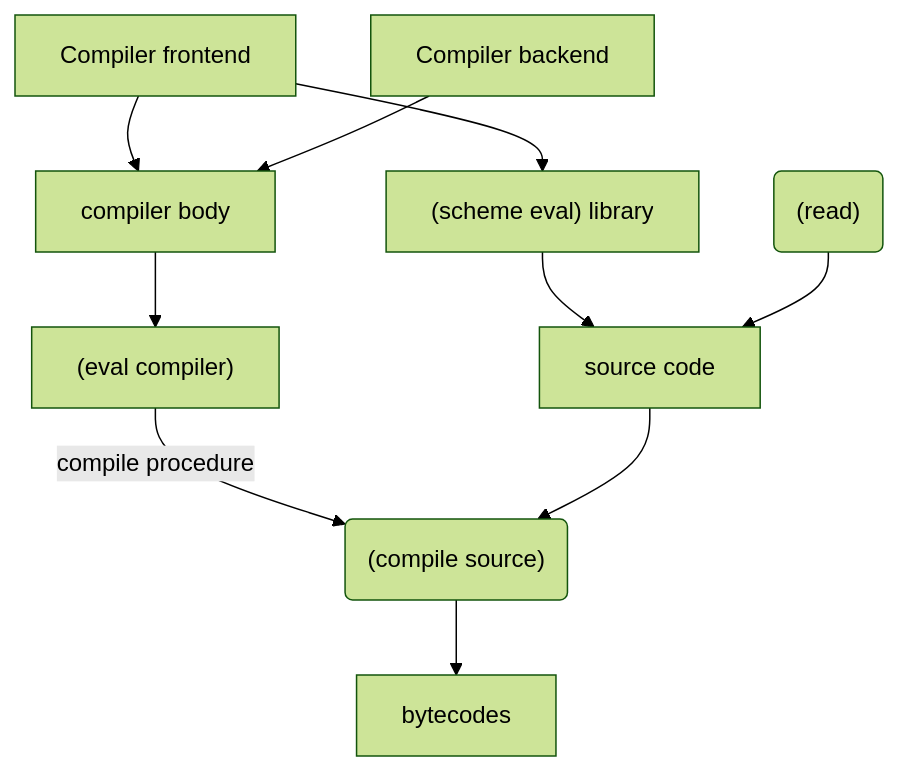
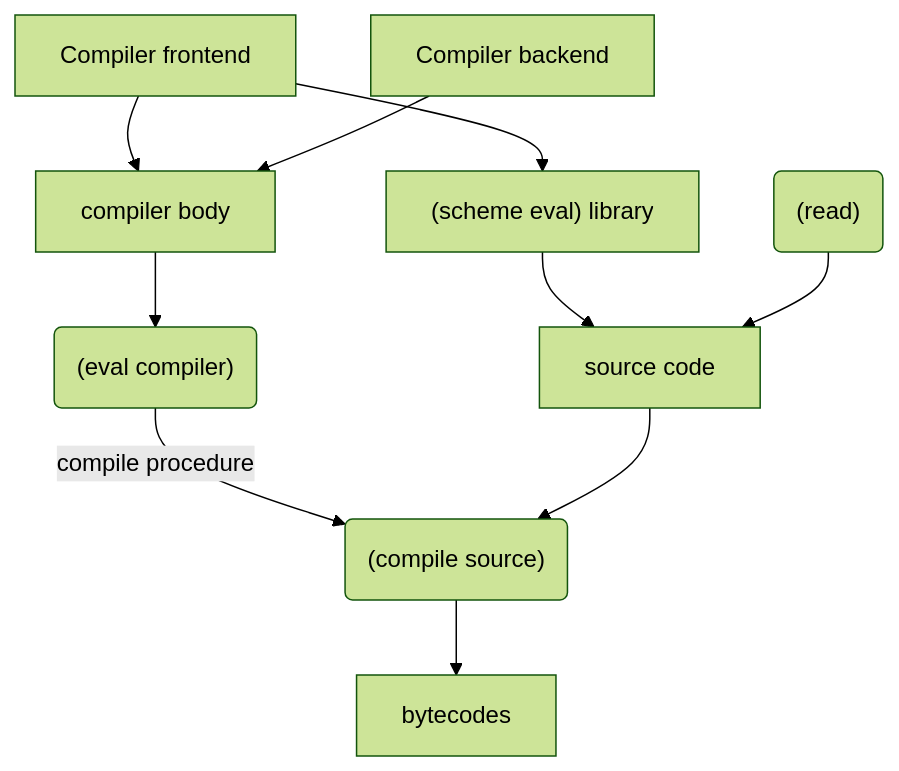
Before and after one commit to raviqqe/doc: the first of 2 diagrams in posts/stak/inception.md, drawn with Mermaid (forest theme).

````diff
--- a/posts/stak/inception.md
+++ b/posts/stak/inception.md
@@ -129,13 +129,13 @@
 ```mermaid
 graph TD
   A[Compiler frontend] --> C
   A --> D
   B[Compiler backend] --> C
   C[compiler body] --> E
   D["(scheme eval) library"] --> T
-  E["(eval compiler)"] -->|compile procedure| F
+  E("(eval compiler)") -->|compile procedure| F
   F("(compile source)") --> G
   G[bytecodes]
   S("(read)") --> T
   T[source code] --> F
 ```
````
